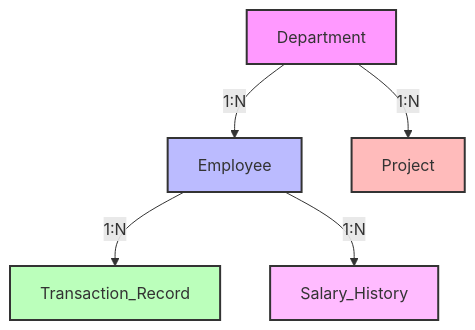
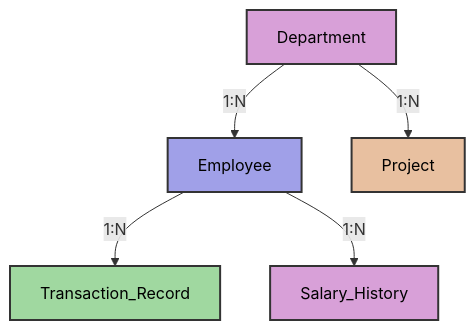
One commit to Alaindeve1/mon_26442_alain_ndizeye_assI changed the diagram in database-readme.md. Above: the diagram before and after it, drawn with Mermaid. The commit also changed other lines of this file, not shown here.

````diff
--- a/database-readme.md
+++ b/database-readme.md
@@ -51,13 +51,13 @@
   ```mermaid
   graph TD
     A[Department] -->|1:N| B[Employee]
     A -->|1:N| E[Project]
     B -->|1:N| C[Transaction_Record]
     B -->|1:N| D[Salary_History]
     
-    style A fill:#f9f,stroke:#333,stroke-width:2px
-    style B fill:#bbf,stroke:#333,stroke-width:2px
-    style C fill:#bfb,stroke:#333,stroke-width:2px
-    style D fill:#fbf,stroke:#333,stroke-width:2px
-    style E fill:#fbb,stroke:#333,stroke-width:2px
+    style A fill:#d8a0d8,stroke:#333,stroke-width:2px,color:#000
+    style B fill:#a0a0e8,stroke:#333,stroke-width:2px,color:#000
+    style C fill:#a0d8a0,stroke:#333,stroke-width:2px,color:#000
+    style D fill:#d8a0d8,stroke:#333,stroke-width:2px,color:#000
+    style E fill:#e8c0a0,stroke:#333,stroke-width:2px,color:#000
   ```
````
